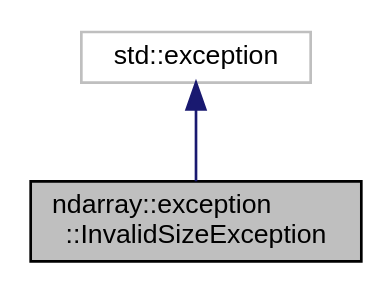
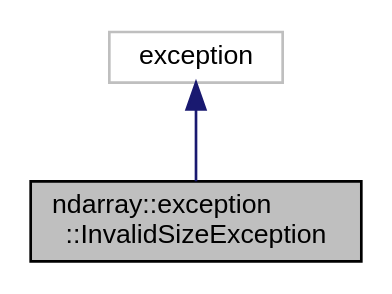
Before and after one commit to durbin-164/ant: the diagram in classndarray_1_1exception_1_1InvalidSizeException__coll__graph.dot, drawn with Graphviz. The commit also changed 144 other files, not shown here.

```diff
--- a/classndarray_1_1exception_1_1InvalidSizeException__coll__graph.dot
+++ b/classndarray_1_1exception_1_1InvalidSizeException__coll__graph.dot
@@ -1,9 +1,9 @@
 digraph "ndarray::exception::InvalidSizeException"
 {
  // LATEX_PDF_SIZE
   edge [fontname="Helvetica",fontsize="10",labelfontname="Helvetica",labelfontsize="10"];
   node [fontname="Helvetica",fontsize="10",shape=record];
   Node1 [label="ndarray::exception\l::InvalidSizeException",height=0.2,width=0.4,color="black", fillcolor="grey75", style="filled", fontcolor="black",tooltip=" "];
   Node2 -> Node1 [dir="back",color="midnightblue",fontsize="10",style="solid",fontname="Helvetica"];
-  Node2 [label="std::exception",height=0.2,width=0.4,color="grey75", fillcolor="white", style="filled",tooltip=" "];
+  Node2 [label="exception",height=0.2,width=0.4,color="grey75", fillcolor="white", style="filled",tooltip=" "];
 }
```
